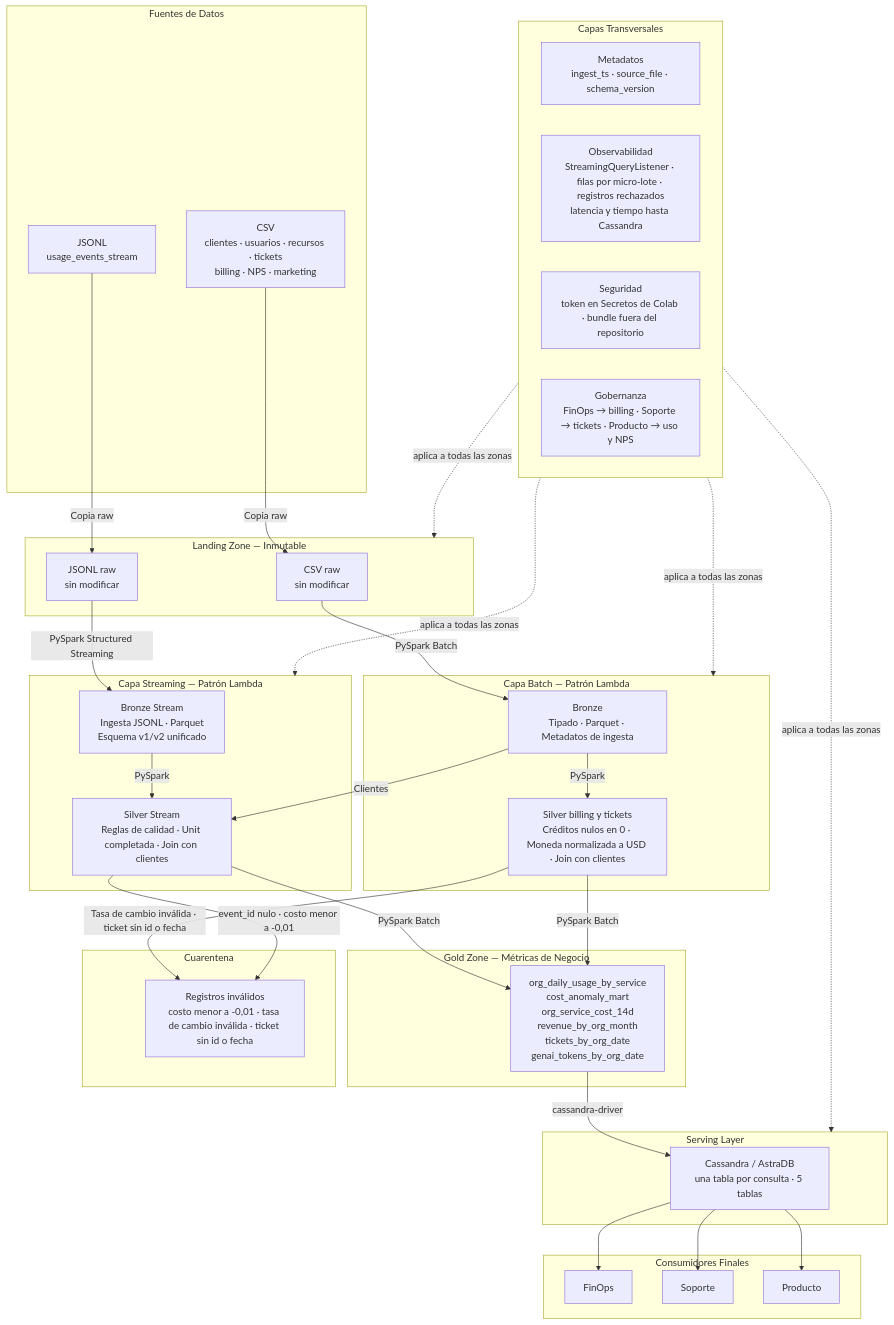
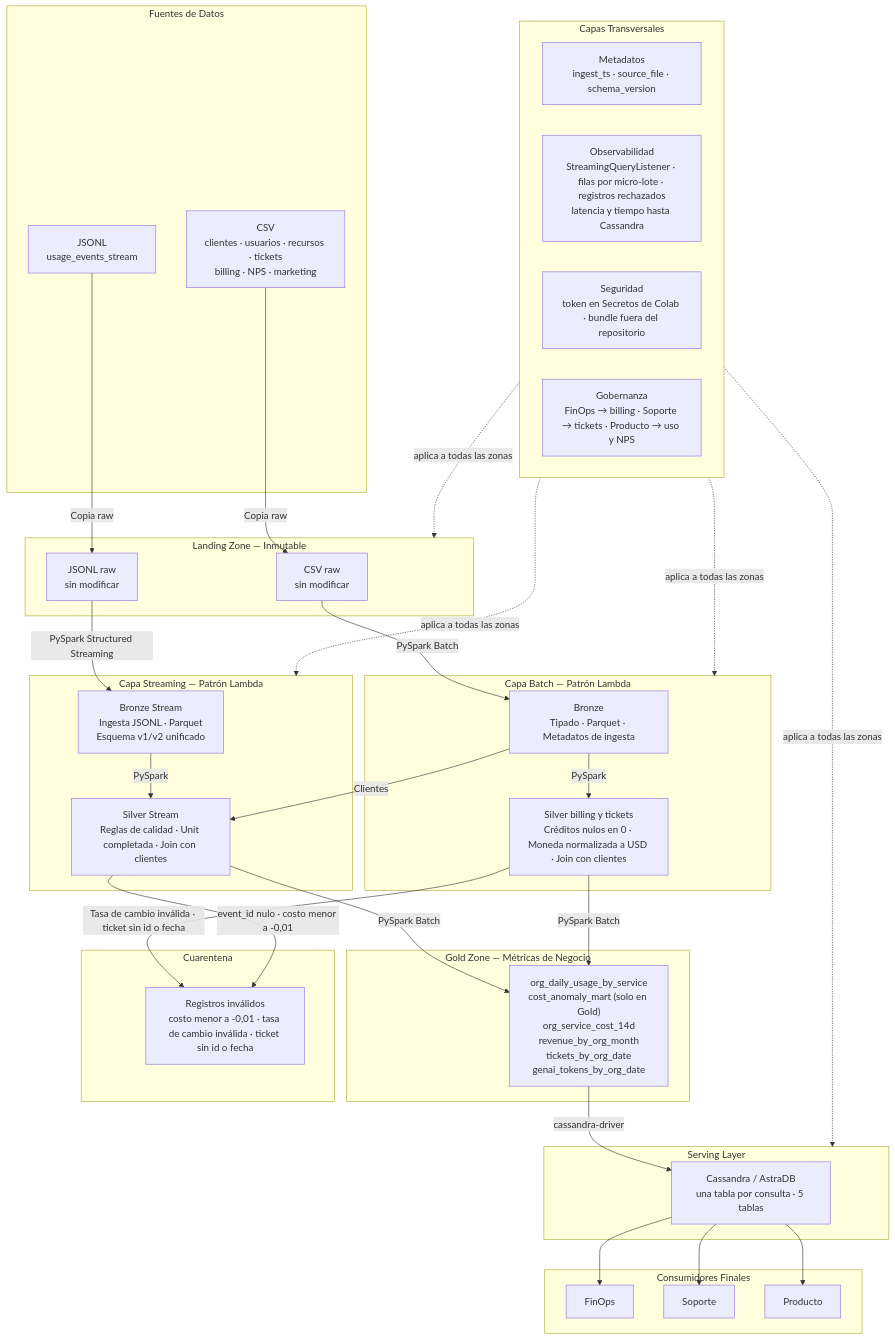
One commit to maruwagner893-droid/cloud-provider-analytics changed the diagram in docs/00_documento_diseño.md. Above: the diagram before and after it, drawn with Mermaid.

````diff
--- a/docs/00_documento_diseño.md
+++ b/docs/00_documento_diseño.md
@@ -122,67 +122,67 @@
 ```mermaid
 flowchart TD
     subgraph SRC["Fuentes de Datos"]
         CSV["CSV\nclientes · usuarios · recursos · tickets\nbilling · NPS · marketing"]
         JSONL["JSONL\nusage_events_stream"]
     end
 
     subgraph LZ["Landing Zone — Inmutable"]
         RAW_B["CSV raw\nsin modificar"]
         RAW_S["JSONL raw\nsin modificar"]
     end
 
     subgraph BATCH["Capa Batch — Patrón Lambda"]
         BRZ_B["Bronze\nTipado · Parquet · Metadatos de ingesta"]
         SLV_B["Silver billing y tickets\nCréditos nulos en 0 · Moneda normalizada a USD · Join con clientes"]
     end
 
     subgraph STREAM["Capa Streaming — Patrón Lambda"]
         BRZ_S["Bronze Stream\nIngesta JSONL · Parquet\nEsquema v1/v2 unificado"]
         SLV_S["Silver Stream\nReglas de calidad · Unit completada · Join con clientes"]
     end
 
     subgraph GZ["Gold Zone — Métricas de Negocio"]
-        GLD["org_daily_usage_by_service\ncost_anomaly_mart\norg_service_cost_14d\nrevenue_by_org_month\ntickets_by_org_date\ngenai_tokens_by_org_date"]
+        GLD["org_daily_usage_by_service\ncost_anomaly_mart (solo en Gold)\norg_service_cost_14d\nrevenue_by_org_month\ntickets_by_org_date\ngenai_tokens_by_org_date"]
     end
 
     subgraph QUAR["Cuarentena"]
         Q["Registros inválidos\ncosto menor a -0,01 · tasa de cambio inválida · ticket sin id o fecha"]
     end
 
     subgraph SRV["Serving Layer"]
         CASS["Cassandra / AstraDB\nuna tabla por consulta · 5 tablas"]
     end
 
     subgraph GOV["Capas Transversales"]
         META["Metadatos\ningest_ts · source_file · schema_version"]
         OBS["Observabilidad\nStreamingQueryListener · filas por micro-lote · registros rechazados\nlatencia y tiempo hasta Cassandra"]
         SEC["Seguridad\ntoken en Secretos de Colab · bundle fuera del repositorio"]
         GVN["Gobernanza\nFinOps → billing · Soporte → tickets · Producto → uso y NPS"]
     end
 
     subgraph USR["Consumidores Finales"]
         FO["FinOps"]
         SP["Soporte"]
         PR["Producto"]
     end
 
     CSV -->|Copia raw| RAW_B
     JSONL -->|Copia raw| RAW_S
     RAW_B -->|PySpark Batch| BRZ_B
     RAW_S -->|PySpark Structured Streaming| BRZ_S
     BRZ_B -->|PySpark| SLV_B
     BRZ_S -->|PySpark| SLV_S
     BRZ_B -->|Clientes| SLV_S
     SLV_B -->|Tasa de cambio inválida · ticket sin id o fecha| Q
     SLV_S -->|event_id nulo · costo menor a -0,01| Q
     SLV_S -->|PySpark Batch| GLD
     SLV_B -->|PySpark Batch| GLD
     GLD -->|cassandra-driver| CASS
     CASS --> FO
     CASS --> PR
     CASS --> SP
     GOV -.->|aplica a todas las zonas| LZ
     GOV -.->|aplica a todas las zonas| BATCH
     GOV -.->|aplica a todas las zonas| STREAM
     GOV -.->|aplica a todas las zonas| SRV
 ```
````
